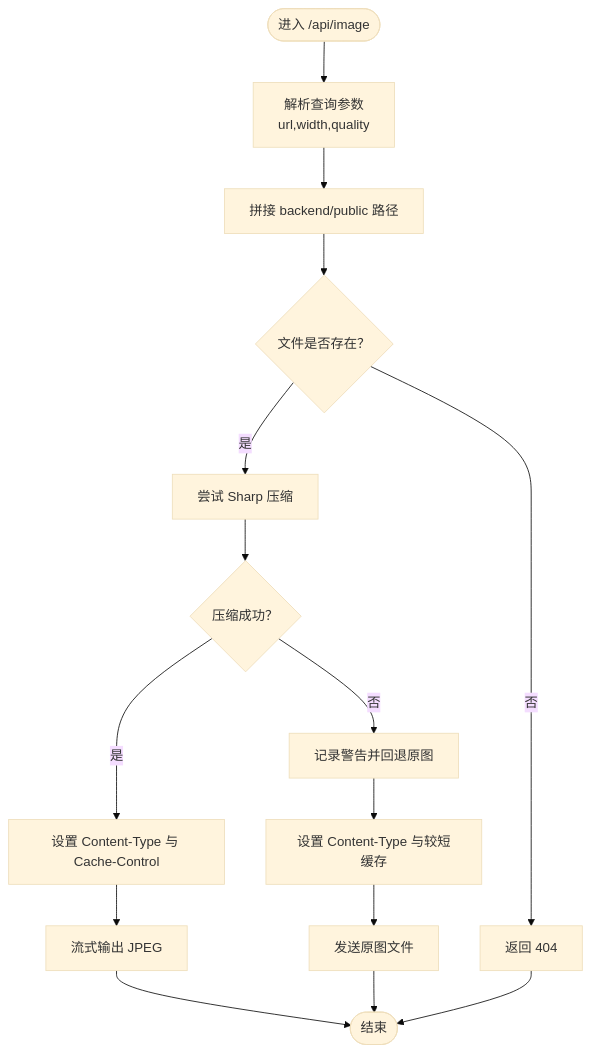
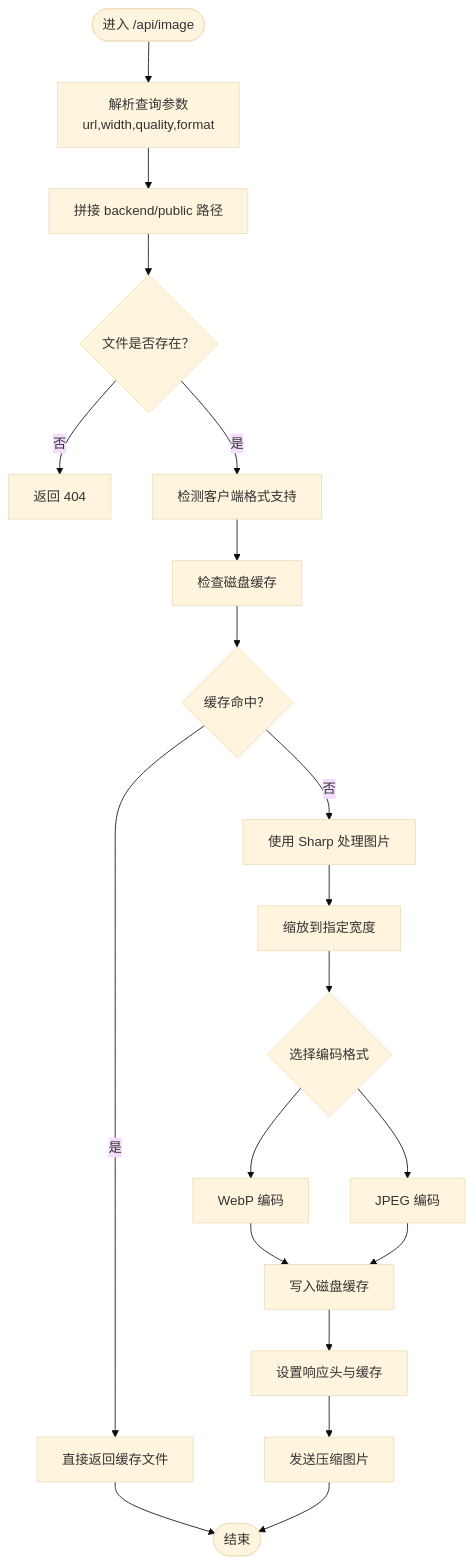
The third of 5 diagrams in .qoder/repowiki/zh/content/后端服务架构/核心服务模块/静态文件服务.md (Giraffe-Han/microAPP), drawn with Mermaid (base theme) before and after one commit. The commit also changed other lines of this file and 6 other files, not shown here.

````diff
--- a/.qoder/repowiki/zh/content/后端服务架构/核心服务模块/静态文件服务.md
+++ b/.qoder/repowiki/zh/content/后端服务架构/核心服务模块/静态文件服务.md
@@ -143,17 +166,22 @@
 ```mermaid
 flowchart TD
-Start(["进入 /api/image"]) --> Parse["解析查询参数<br/>url,width,quality"]
+Start(["进入 /api/image"]) --> Parse["解析查询参数<br/>url,width,quality,format"]
 Parse --> BuildPath["拼接 backend/public 路径"]
 BuildPath --> Exists{"文件是否存在？"}
 Exists -- 否 --> NotFound["返回 404"]
-Exists -- 是 --> TrySharp["尝试 Sharp 压缩"]
-TrySharp --> Success{"压缩成功？"}
-Success -- 是 --> SetHeaders["设置 Content-Type 与 Cache-Control"]
-SetHeaders --> Pipe["流式输出 JPEG"]
-Success -- 否 --> Fallback["记录警告并回退原图"]
-Fallback --> SetFallbackHeaders["设置 Content-Type 与较短缓存"]
-SetFallbackHeaders --> SendFile["发送原图文件"]
-Pipe --> End(["结束"])
+Exists -- 是 --> DetectFormat["检测客户端格式支持"]
+DetectFormat --> CheckCache["检查磁盘缓存"]
+CheckCache --> CacheHit{"缓存命中？"}
+CacheHit -- 是 --> ServeCache["直接返回缓存文件"]
+CacheHit -- 否 --> ProcessImage["使用 Sharp 处理图片"]
+ProcessImage --> Resize["缩放到指定宽度"]
+Resize --> EncodeFormat{"选择编码格式"}
+EncodeFormat --> WebP["WebP 编码"]
+EncodeFormat --> JPEG["JPEG 编码"]
+WebP --> WriteCache["写入磁盘缓存"]
+JPEG --> WriteCache
+WriteCache --> SetHeaders["设置响应头与缓存"]
+SetHeaders --> SendFile["发送压缩图片"]
+ServeCache --> End(["结束"])
 SendFile --> End
-NotFound --> End
 ```
````
